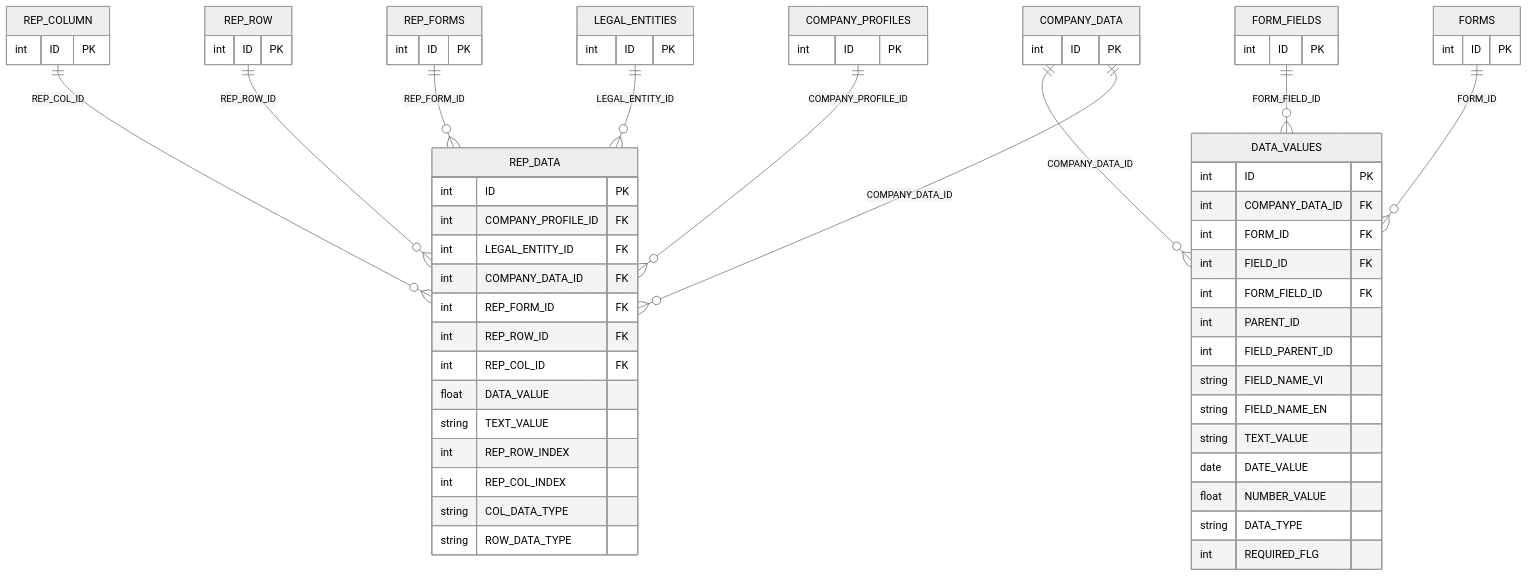
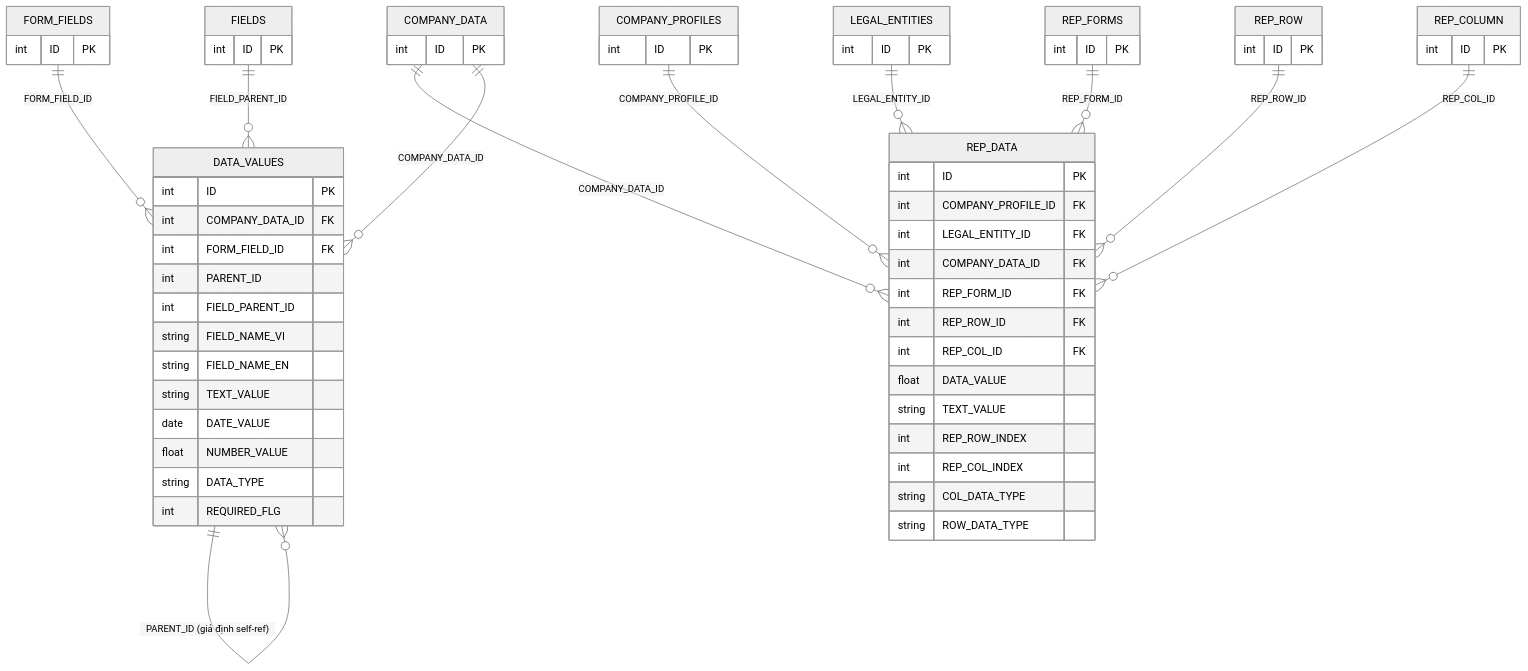
Before and after one commit to linhlvit/ubck_atomic_design: the first of 2 diagrams in DataModel/working/Atomic/hld/IDS_HLD_Tier4.md, drawn with Mermaid (neutral theme). The commit also changed other lines of this file and 28 other files, not shown here.

````diff
--- a/DataModel/working/Atomic/hld/IDS_HLD_Tier4.md
+++ b/DataModel/working/Atomic/hld/IDS_HLD_Tier4.md
@@ -21,77 +21,76 @@
 ```mermaid
 erDiagram
     COMPANY_PROFILES {
         int ID PK
     }
 
     LEGAL_ENTITIES {
         int ID PK
     }
 
     COMPANY_DATA {
         int ID PK
     }
 
-    FORMS {
+    FIELDS {
         int ID PK
     }
 
     FORM_FIELDS {
         int ID PK
     }
 
     DATA_VALUES {
         int ID PK
         int COMPANY_DATA_ID FK
-        int FORM_ID FK
-        int FIELD_ID FK
         int FORM_FIELD_ID FK
         int PARENT_ID
         int FIELD_PARENT_ID
         string FIELD_NAME_VI
         string FIELD_NAME_EN
         string TEXT_VALUE
         date DATE_VALUE
         float NUMBER_VALUE
         string DATA_TYPE
         int REQUIRED_FLG
     }
 
     REP_FORMS {
         int ID PK
     }
 
     REP_ROW {
         int ID PK
     }
 
     REP_COLUMN {
         int ID PK
     }
 
     REP_DATA {
         int ID PK
         int COMPANY_PROFILE_ID FK
         int LEGAL_ENTITY_ID FK
         int COMPANY_DATA_ID FK
         int REP_FORM_ID FK
         int REP_ROW_ID FK
         int REP_COL_ID FK
         float DATA_VALUE
         string TEXT_VALUE
         int REP_ROW_INDEX
         int REP_COL_INDEX
         string COL_DATA_TYPE
         string ROW_DATA_TYPE
     }
 
     COMPANY_PROFILES ||--o{ REP_DATA : "COMPANY_PROFILE_ID"
     LEGAL_ENTITIES ||--o{ REP_DATA : "LEGAL_ENTITY_ID"
     COMPANY_DATA ||--o{ REP_DATA : "COMPANY_DATA_ID"
     REP_FORMS ||--o{ REP_DATA : "REP_FORM_ID"
     REP_ROW ||--o{ REP_DATA : "REP_ROW_ID"
     REP_COLUMN ||--o{ REP_DATA : "REP_COL_ID"
     COMPANY_DATA ||--o{ DATA_VALUES : "COMPANY_DATA_ID"
-    FORMS ||--o{ DATA_VALUES : "FORM_ID"
     FORM_FIELDS ||--o{ DATA_VALUES : "FORM_FIELD_ID"
+    FIELDS ||--o{ DATA_VALUES : "FIELD_PARENT_ID"
+    DATA_VALUES ||--o{ DATA_VALUES : "PARENT_ID (giả định self-ref)"
 ```
````
